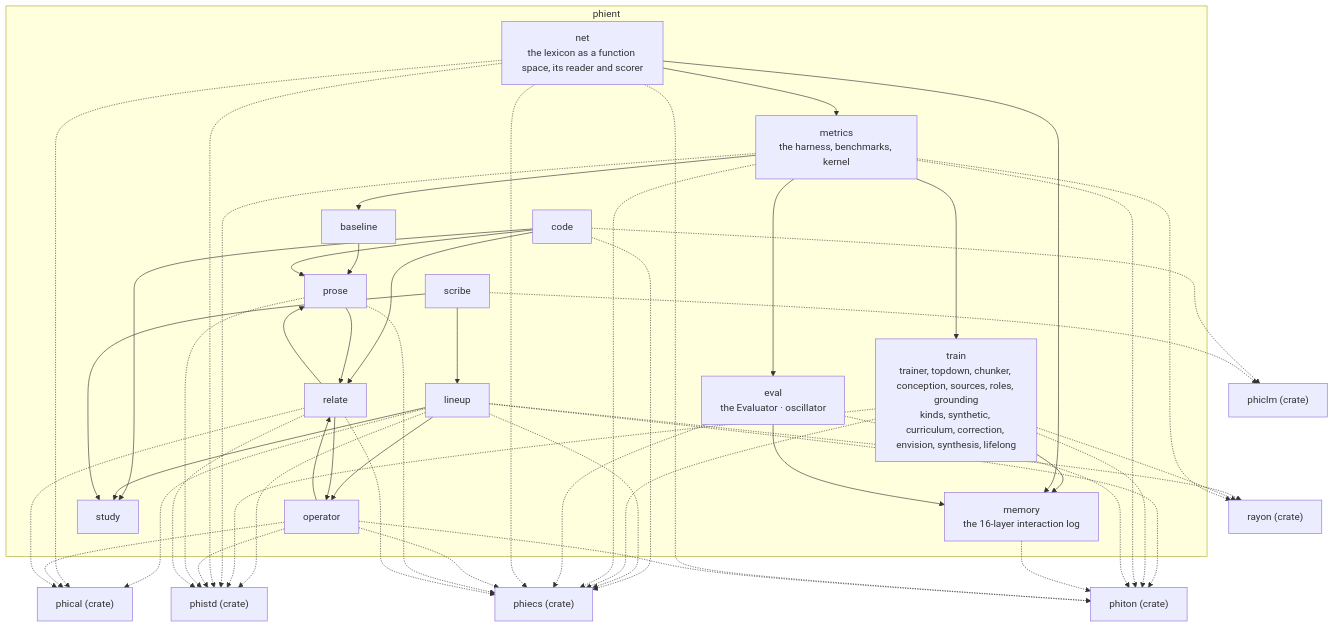
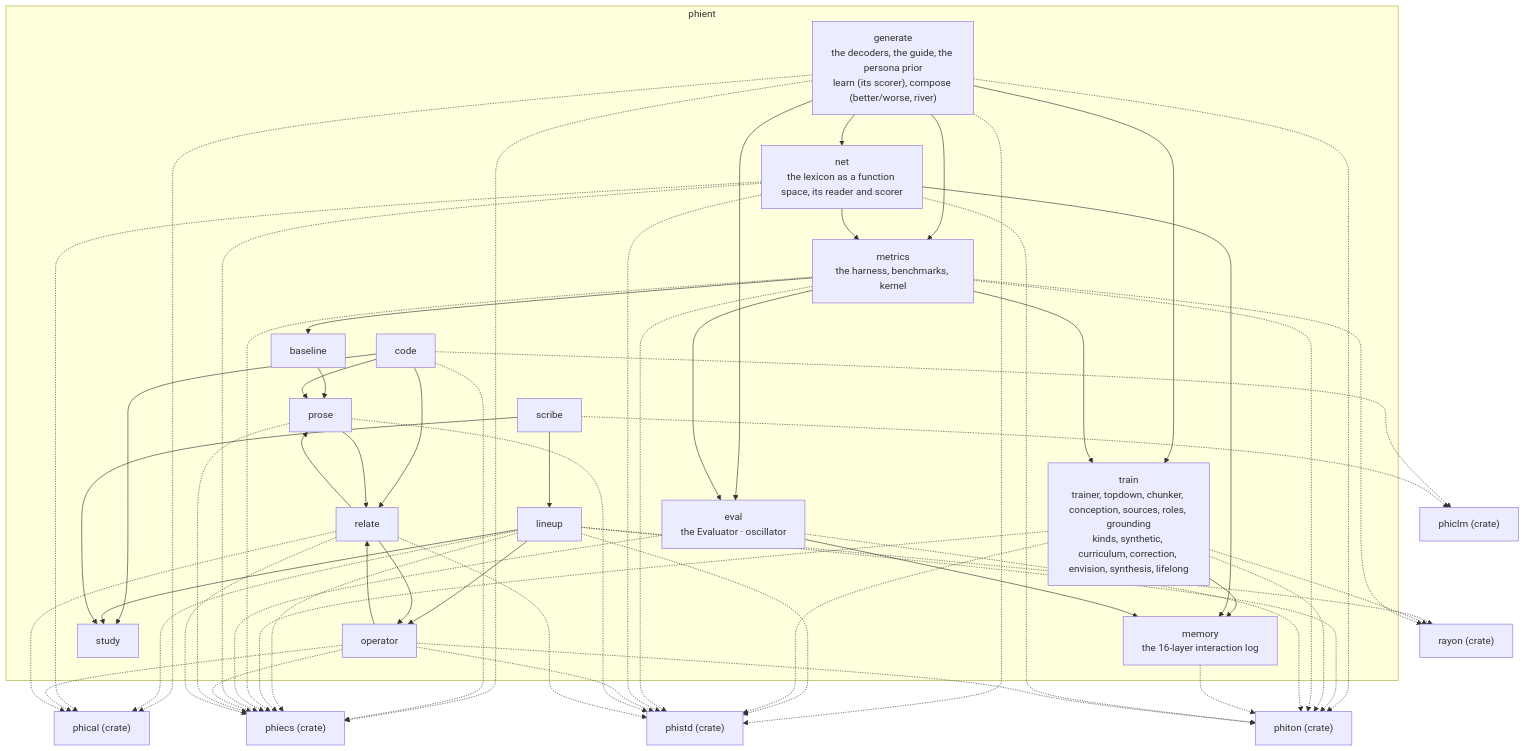
One commit to gemphi/phient changed the diagram in ARCHITECTURE.md. Above: the diagram before and after it, drawn with Mermaid. The commit also changed other lines of this file and 88 other files, not shown here.

```diff
--- a/ARCHITECTURE.md
+++ b/ARCHITECTURE.md
@@ -8,6 +8,7 @@
         m_baseline["baseline"]
         m_code["code"]
         m_eval["eval<br/>the Evaluator · oscillator"]
+        m_generate["generate<br/>the decoders, the guide, the persona prior<br/>learn (its scorer), compose (better/worse, river)"]
         m_lineup["lineup"]
         m_memory["memory<br/>the 16-layer interaction log"]
         m_metrics["metrics<br/>the harness, benchmarks, kernel"]
@@ -20,6 +21,10 @@
         m_train["train<br/>trainer, topdown, chunker, conception, sources, roles, grounding<br/>kinds, synthetic, curriculum, correction, envision, synthesis, lifelong"]
     end
     m_baseline --> m_prose
+    m_generate --> m_eval
+    m_generate --> m_metrics
+    m_generate --> m_net
+    m_generate --> m_train
     m_code --> m_prose
     m_code --> m_relate
     m_code --> m_study
@@ -38,6 +43,7 @@
     m_scribe --> m_lineup
     m_scribe --> m_study
     X_phical["phical (crate)"]
+    m_generate -.-> X_phical
     m_lineup -.-> X_phical
     m_net -.-> X_phical
     m_operator -.-> X_phical
@@ -46,6 +52,7 @@
     m_code -.-> X_phiclm
     m_scribe -.-> X_phiclm
     X_phiecs["phiecs (crate)"]
+    m_generate -.-> X_phiecs
     m_code -.-> X_phiecs
     m_lineup -.-> X_phiecs
     m_train -.-> X_phiecs
@@ -57,6 +64,7 @@
     m_prose -.-> X_phiecs
     m_relate -.-> X_phiecs
     X_phistd["phistd (crate)"]
+    m_generate -.-> X_phistd
     m_lineup -.-> X_phistd
     m_train -.-> X_phistd
     m_metrics -.-> X_phistd
@@ -65,6 +73,7 @@
     m_prose -.-> X_phistd
     m_relate -.-> X_phistd
     X_phiton["phiton (crate)"]
+    m_generate -.-> X_phiton
     m_lineup -.-> X_phiton
     m_train -.-> X_phiton
     m_metrics -.-> X_phiton
```
